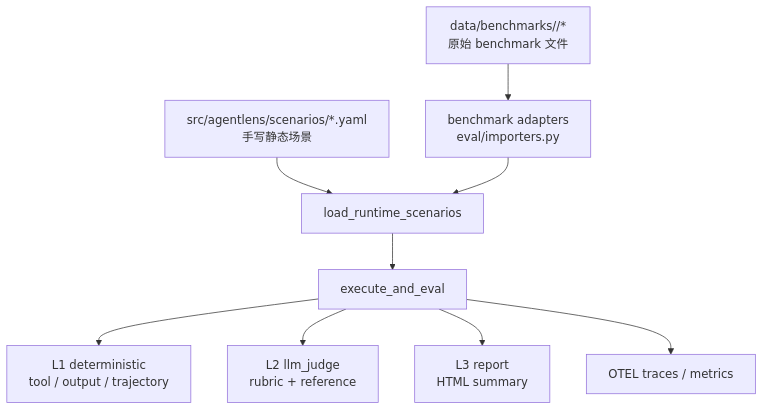
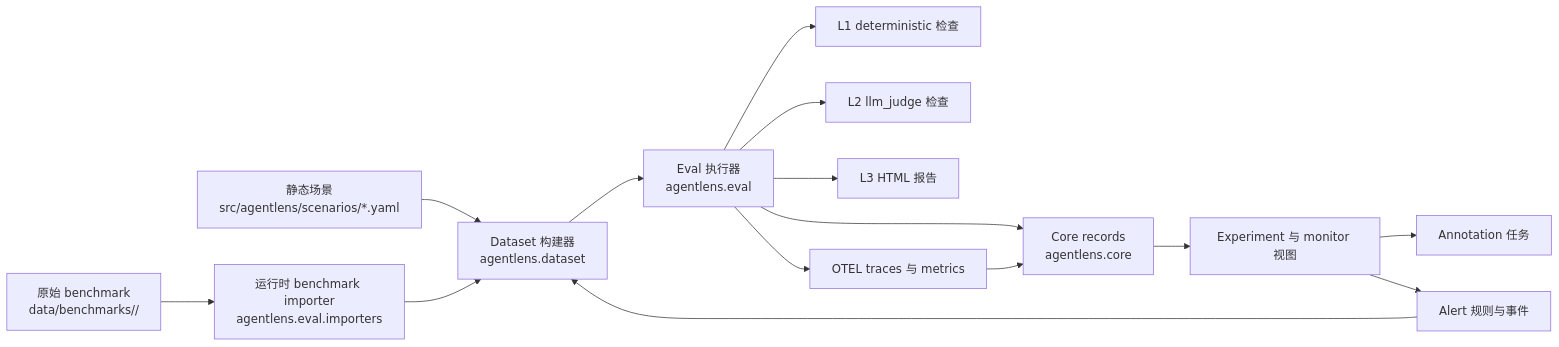
One commit to noCharger/agentlens changed the diagram in README.zh-CN.md. Above: the diagram before and after it, drawn with Mermaid. The commit also changed other lines of this file and 25 other files, not shown here.

Commit message:
feat(oss): ship core namespace, dataset pipeline, and local monitoring loop

````diff
--- a/README.zh-CN.md
+++ b/README.zh-CN.md
@@ -20,11 +31,17 @@
 ```mermaid
-flowchart TD
-    A["src/agentlens/scenarios/*.yaml<br/>手写静态场景"] --> C["load_runtime_scenarios"]
-    B["data/benchmarks/<slug>/*<br/>原始 benchmark 文件"] --> D["benchmark adapters<br/>eval/importers.py"]
+flowchart LR
+    A["静态场景<br/>src/agentlens/scenarios/*.yaml"] --> C["Dataset 构建器<br/>agentlens.dataset"]
+    B["原始 benchmark<br/>data/benchmarks/<slug>/"] --> D["运行时 benchmark importer<br/>agentlens.eval.importers"]
     D --> C
-    C --> E["execute_and_eval"]
-    E --> F["L1 deterministic<br/>tool / output / trajectory"]
-    E --> G["L2 llm_judge<br/>rubric + reference"]
-    E --> H["L3 report<br/>HTML summary"]
-    E --> I["OTEL traces / metrics"]
+    C --> E["Eval 执行器<br/>agentlens.eval"]
+    E --> F["L1 deterministic 检查"]
+    E --> G["L2 llm_judge 检查"]
+    E --> H["L3 HTML 报告"]
+    E --> I["OTEL traces 与 metrics"]
+    E --> J["Core records<br/>agentlens.core"]
+    I --> J
+    J --> K["Experiment 与 monitor 视图"]
+    K --> L["Annotation 任务"]
+    K --> M["Alert 规则与事件"]
+    M --> C
 ```
````
